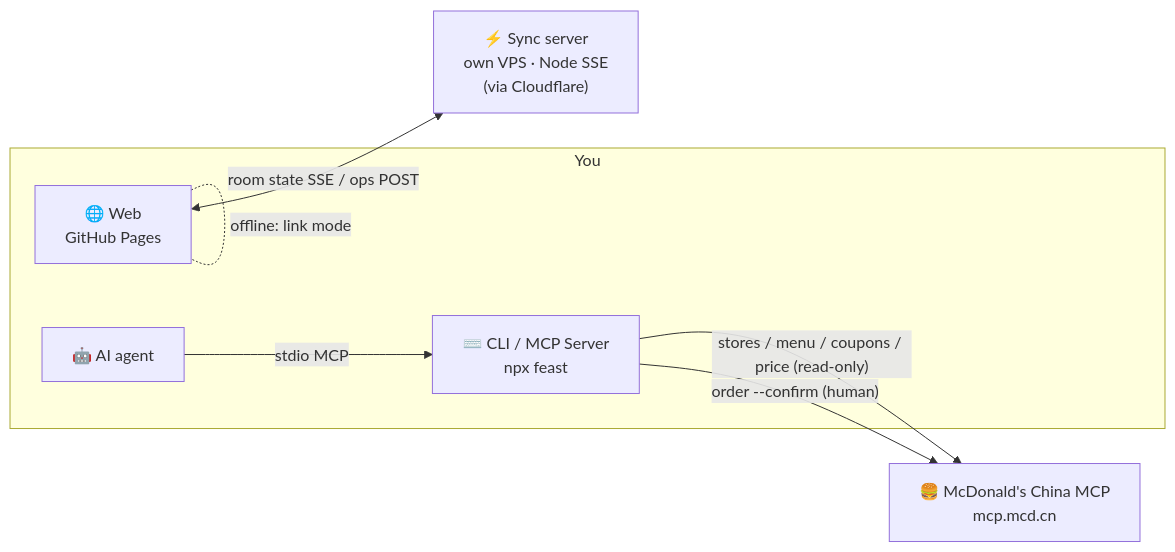
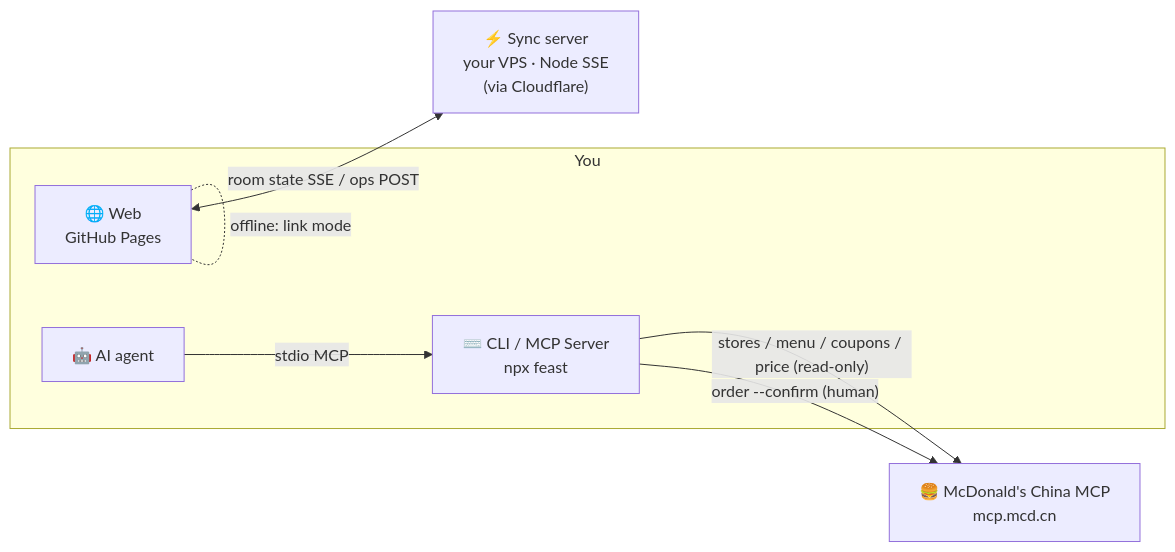
The diagram in README.en.md (Jasonin2099/mcd-team-feast), drawn with Mermaid before and after one commit. The commit also changed 12 other files, not shown here.

Commit message:
chore: 去个人化——同步服务地址可配置（?sync= / FEAST_SYNC_URL / meta），部署模板改为通用 VPS 示例，QA 脚本去掉本机路径

````diff
--- a/README.en.md
+++ b/README.en.md
@@ -72,15 +72,15 @@
 ```mermaid
 flowchart LR
   subgraph You
     W["🌐 Web<br/>GitHub Pages"]
     C["⌨️ CLI / MCP Server<br/>npx feast"]
     A["🤖 AI agent"]
   end
-  S["⚡ Sync server<br/>own VPS · Node SSE<br/>(via Cloudflare)"]
+  S["⚡ Sync server<br/>your VPS · Node SSE<br/>(via Cloudflare)"]
   M["🍔 McDonald's China MCP<br/>mcp.mcd.cn"]
   W <-- "room state SSE / ops POST" --> S
   W -. "offline: link mode" .- W
   A -- "stdio MCP" --> C
   C -- "stores / menu / coupons / price (read-only)" --> M
   C -- "order --confirm (human)" --> M
 ```
````
